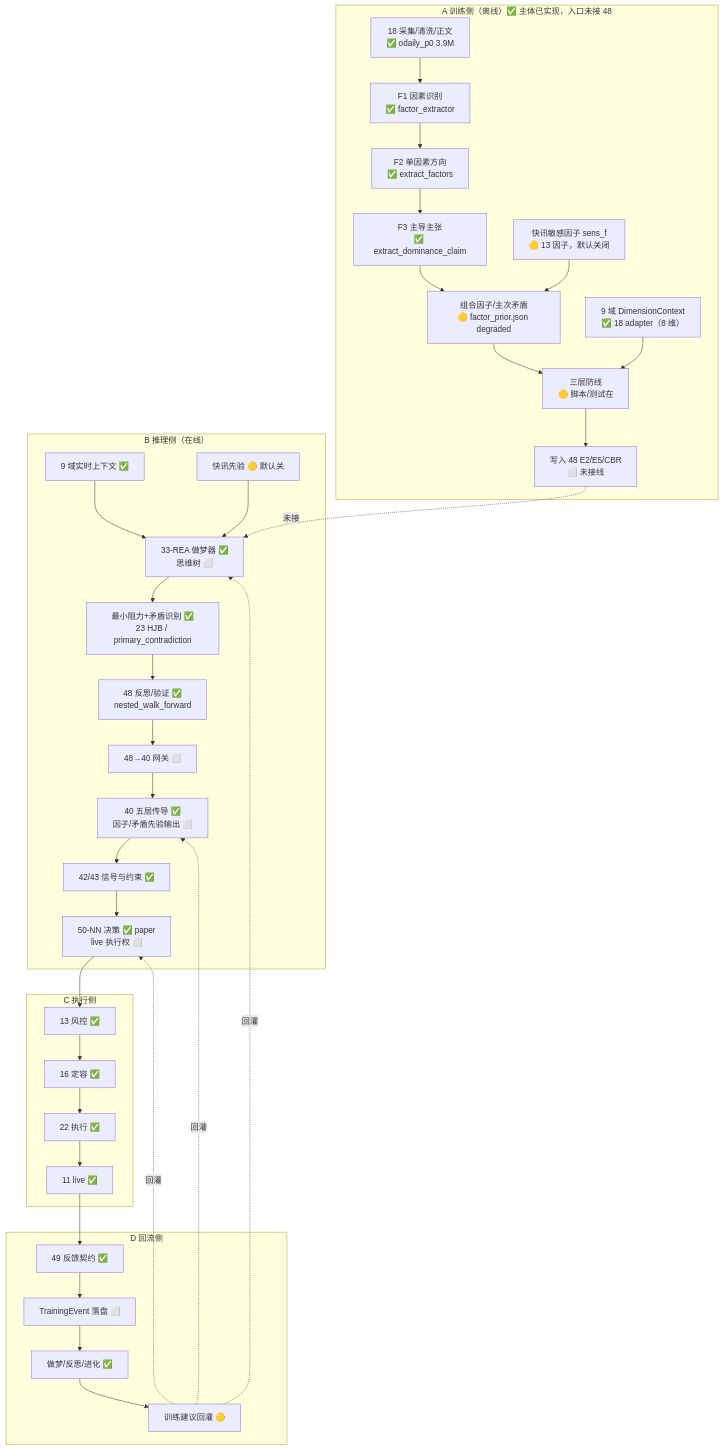
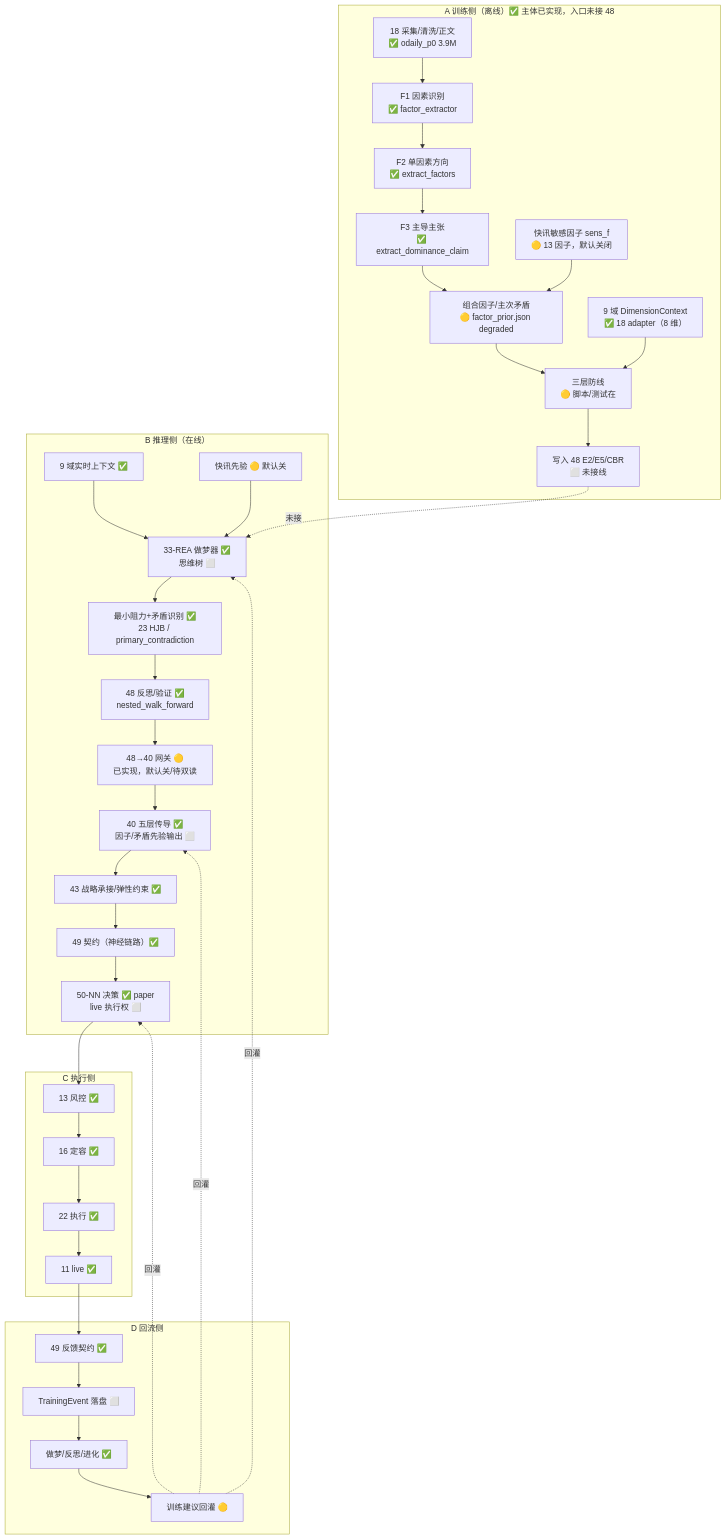
One commit to yunya1991/Dreambuddy-V2 changed the diagram in 48-涌现架构/docs/tech/SPEC-EMERGENCE-FULL-CHAIN-v1.0.md. Above: the diagram before and after it, drawn with Mermaid. The commit also changed other lines of this file and 7 other files, not shown here.

````diff
--- a/48-涌现架构/docs/tech/SPEC-EMERGENCE-FULL-CHAIN-v1.0.md
+++ b/48-涌现架构/docs/tech/SPEC-EMERGENCE-FULL-CHAIN-v1.0.md
@@ -26,53 +26,54 @@
 ```mermaid
 flowchart TB
   subgraph TRAIN["A 训练侧（离线）✅ 主体已实现，入口未接 48"]
     A1["18 采集/清洗/正文<br/>✅ odaily_p0 3.9M"]
     A2["F1 因素识别<br/>✅ factor_extractor"]
     A3["F2 单因素方向<br/>✅ extract_factors"]
     A4["F3 主导主张<br/>✅ extract_dominance_claim"]
     A5["组合因子/主次矛盾<br/>🟡 factor_prior.json degraded"]
     A6["9 域 DimensionContext<br/>✅ 18 adapter（8 维）"]
     A7["快讯敏感因子 sens_f<br/>🟡 13 因子，默认关闭"]
     A8["三层防线<br/>🟡 脚本/测试在"]
     A9["写入 48 E2/E5/CBR<br/>⬜ 未接线"]
 
     A1 --> A2 --> A3 --> A4 --> A5
     A6 --> A8
     A7 --> A5 --> A8 --> A9
   end
 
   subgraph INFER["B 推理侧（在线）"]
     B1["9 域实时上下文 ✅"]
     B2["快讯先验 🟡 默认关"]
     B3["33-REA 做梦器 ✅<br/>思维树 ⬜"]
     B4["最小阻力+矛盾识别 ✅<br/>23 HJB / primary_contradiction"]
     B5["48 反思/验证 ✅<br/>nested_walk_forward"]
-    B6["48→40 网关 ⬜"]
+    B6["48→40 网关 🟡<br/>已实现，默认关/待双读"]
     B7["40 五层传导 ✅<br/>因子/矛盾先验输出 ⬜"]
-    B8["42/43 信号与约束 ✅"]
-    B9["50-NN 决策 ✅ paper<br/>live 执行权 ⬜"]
+    B8["43 战略承接/弹性约束 ✅"]
+    B9["49 契约（神经链路）✅"]
+    B10["50-NN 决策 ✅ paper<br/>live 执行权 ⬜"]
 
     B1 --> B3
     B2 --> B3
-    B3 --> B4 --> B5 --> B6 --> B7 --> B8 --> B9
+    B3 --> B4 --> B5 --> B6 --> B7 --> B8 --> B9 --> B10
   end
 
   subgraph EXEC["C 执行侧"]
     C1["13 风控 ✅"] --> C2["16 定容 ✅"] --> C3["22 执行 ✅"] --> C4["11 live ✅"]
   end
 
   subgraph BACK["D 回流侧"]
     D1["49 反馈契约 ✅"]
     D2["TrainingEvent 落盘 ⬜"]
     D3["做梦/反思/进化 ✅"]
     D4["训练建议回灌 🟡"]
     D1 --> D2 --> D3 --> D4
   end
 
   A9 -.未接.-> B3
-  B9 --> C1
+  B10 --> C1
   C4 --> D1
   D4 -.回灌.-> B3
   D4 -.回灌.-> B7
-  D4 -.回灌.-> B9
+  D4 -.回灌.-> B10
 ```
````
